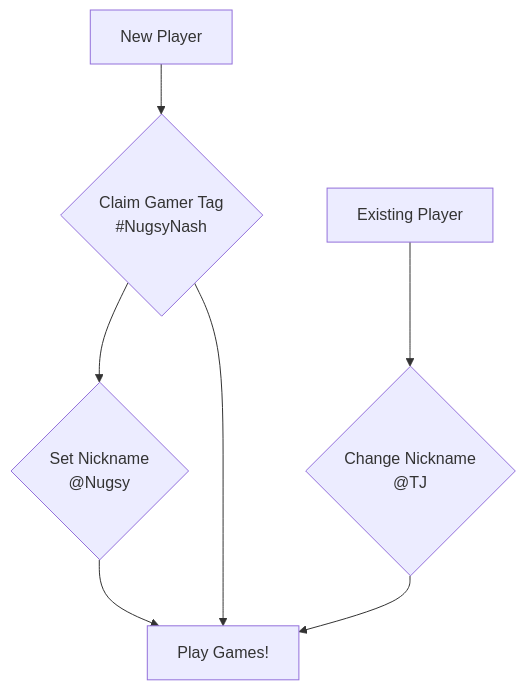
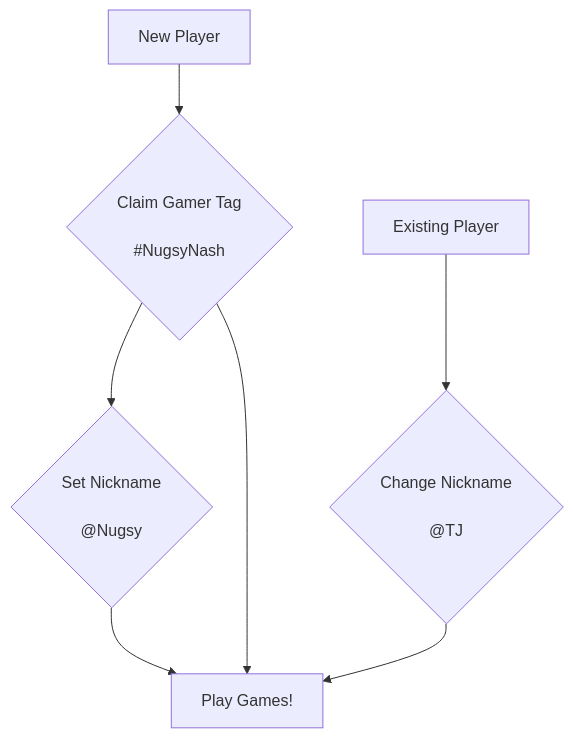
One commit to TerryJHarrison/gamer-tag changed the diagram in README.md. Above: the diagram before and after it, drawn with Mermaid.

Commit message:
Add extra spacing

````diff
--- a/README.md
+++ b/README.md
@@ -6,8 +6,8 @@
 ```mermaid
 flowchart TD
-	A["New Player"] --> B{"Claim Gamer Tag\n#NugsyNash"} --> C{"Set Nickname\n@Nugsy"} --> D["Play Games!"]
+	A["New Player"] --> B{"Claim Gamer Tag\n\n#NugsyNash"} --> C{"Set Nickname\n\n@Nugsy"} --> D["Play Games!"]
 	B --> D 
 	
-	E["Existing Player"] --> F{"Change Nickname\n@TJ"}
+	E["Existing Player"] --> F{"Change Nickname\n\n@TJ"}
 	F --> D 
 ```
````
